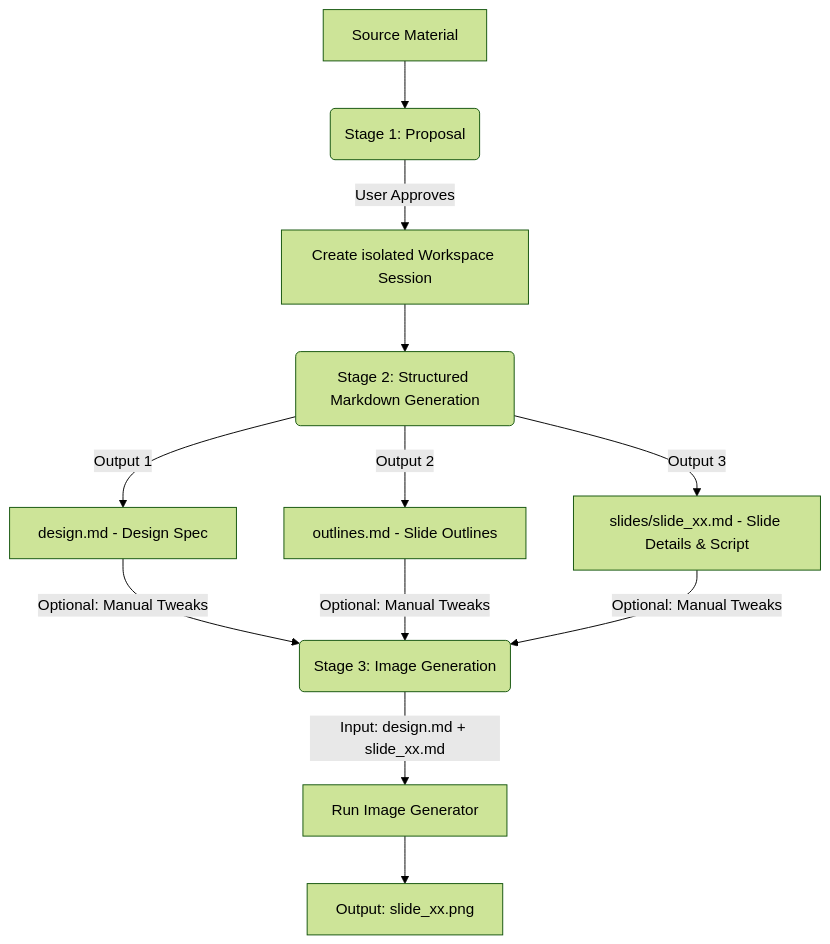
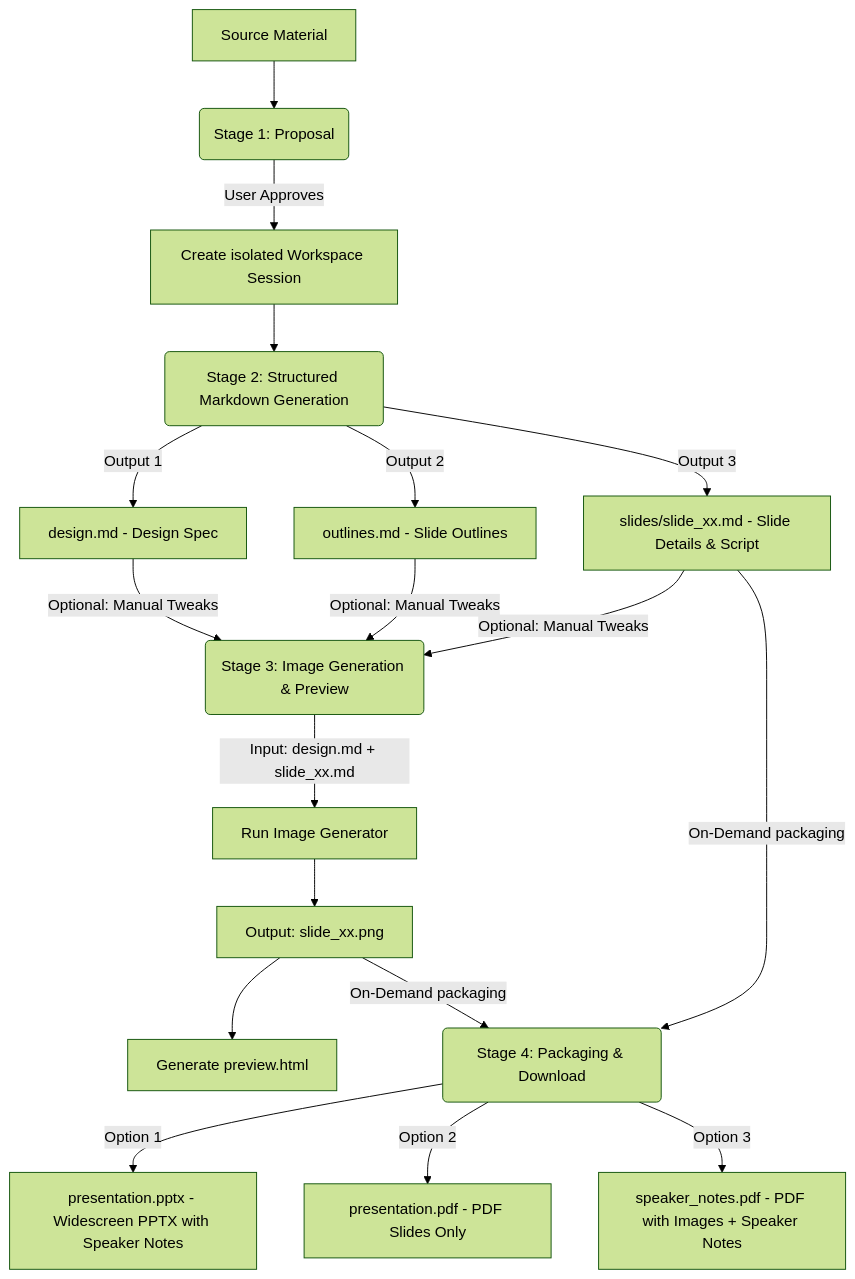
Before and after one commit to sylphlin/slide-gen-agent: the diagram in README.md, drawn with Mermaid (forest theme). The commit also changed other lines of this file and 7 other files, not shown here.

Commit message:
feat: add PPTX and Speaker Notes PDF download options

````diff
--- a/README.md
+++ b/README.md
@@ -15,12 +15,17 @@
 ```mermaid
 graph TD
     A[Source Material] --> B(Stage 1: Proposal)
     B -->|User Approves| C[Create isolated Workspace Session]
     C --> D(Stage 2: Structured Markdown Generation)
     D -->|Output 1| E[design.md - Design Spec]
     D -->|Output 2| F[outlines.md - Slide Outlines]
     D -->|Output 3| G[slides/slide_xx.md - Slide Details & Script]
-    E & F & G -->|Optional: Manual Tweaks| I(Stage 3: Image Generation)
+    E & F & G -->|Optional: Manual Tweaks| I(Stage 3: Image Generation & Preview)
     I -->|Input: design.md + slide_xx.md| J[Run Image Generator]
     J --> K[Output: slide_xx.png]
+    K --> L[Generate preview.html]
+    K & G -->|On-Demand packaging| M(Stage 4: Packaging & Download)
+    M -->|Option 1| N[presentation.pptx - Widescreen PPTX with Speaker Notes]
+    M -->|Option 2| O[presentation.pdf - PDF Slides Only]
+    M -->|Option 3| P[speaker_notes.pdf - PDF with Images + Speaker Notes]
 ```
````
